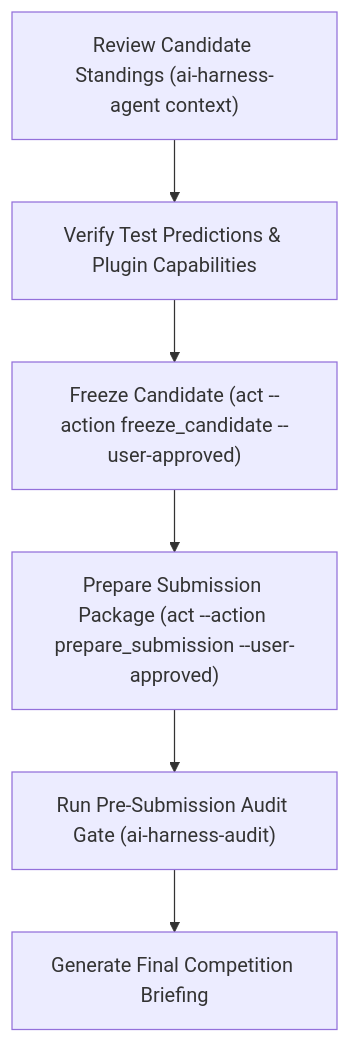
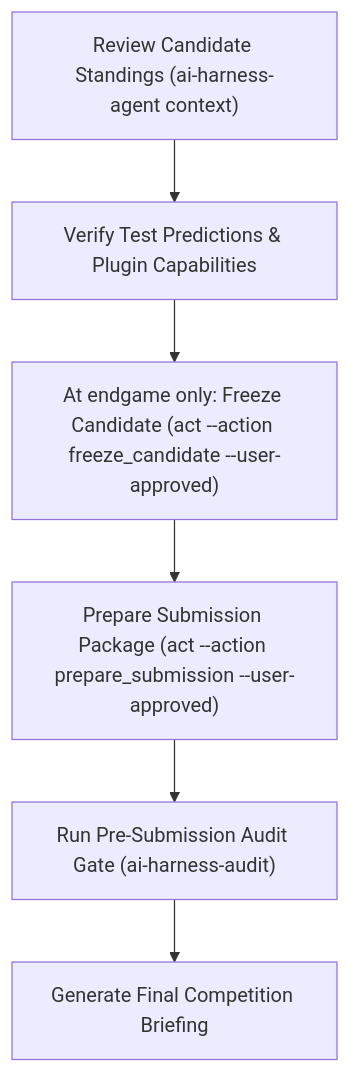
One commit to taitran501/ai-harness changed the diagram in docs/prompts/submission_audit.md. Above: the diagram before and after it, drawn with Mermaid. The commit also changed other lines of this file and 18 other files, not shown here.

````diff
--- a/docs/prompts/submission_audit.md
+++ b/docs/prompts/submission_audit.md
@@ -9,8 +12,8 @@
 ```mermaid
 graph TD
     A["Review Candidate Standings (ai-harness-agent context)"] --> B["Verify Test Predictions & Plugin Capabilities"]
-    B --> C["Freeze Candidate (act --action freeze_candidate --user-approved)"]
+    B --> C["At endgame only: Freeze Candidate (act --action freeze_candidate --user-approved)"]
     C --> D["Prepare Submission Package (act --action prepare_submission --user-approved)"]
     D --> E["Run Pre-Submission Audit Gate (ai-harness-audit)"]
     E --> F["Generate Final Competition Briefing"]
 ```
````
